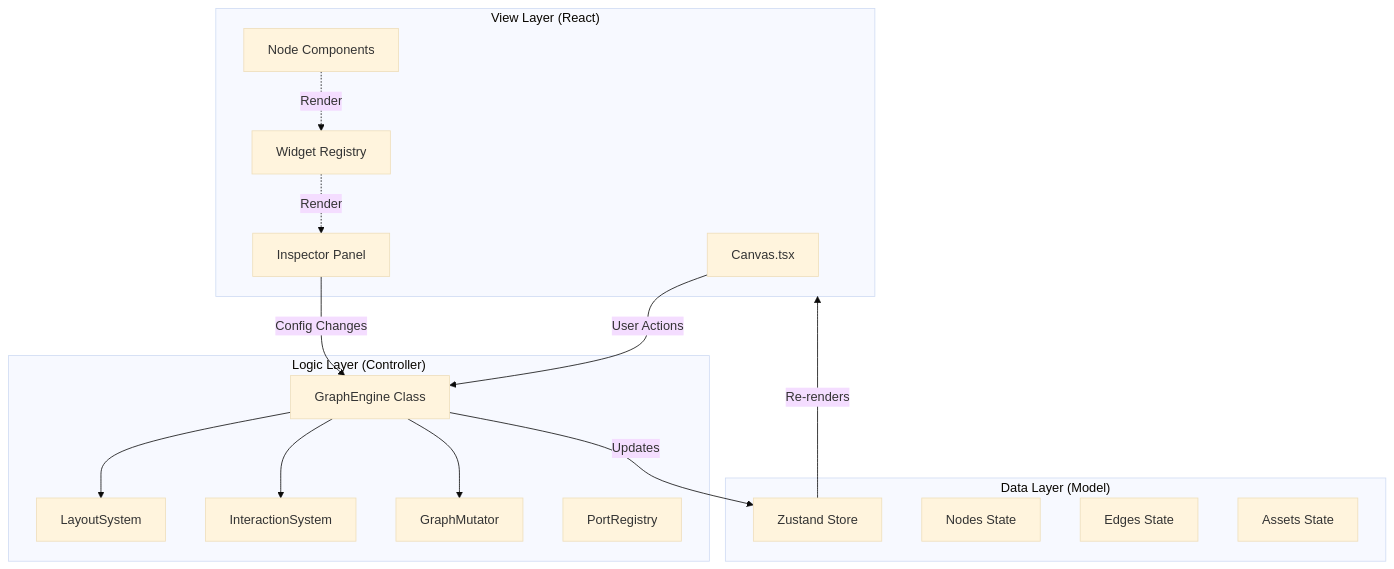
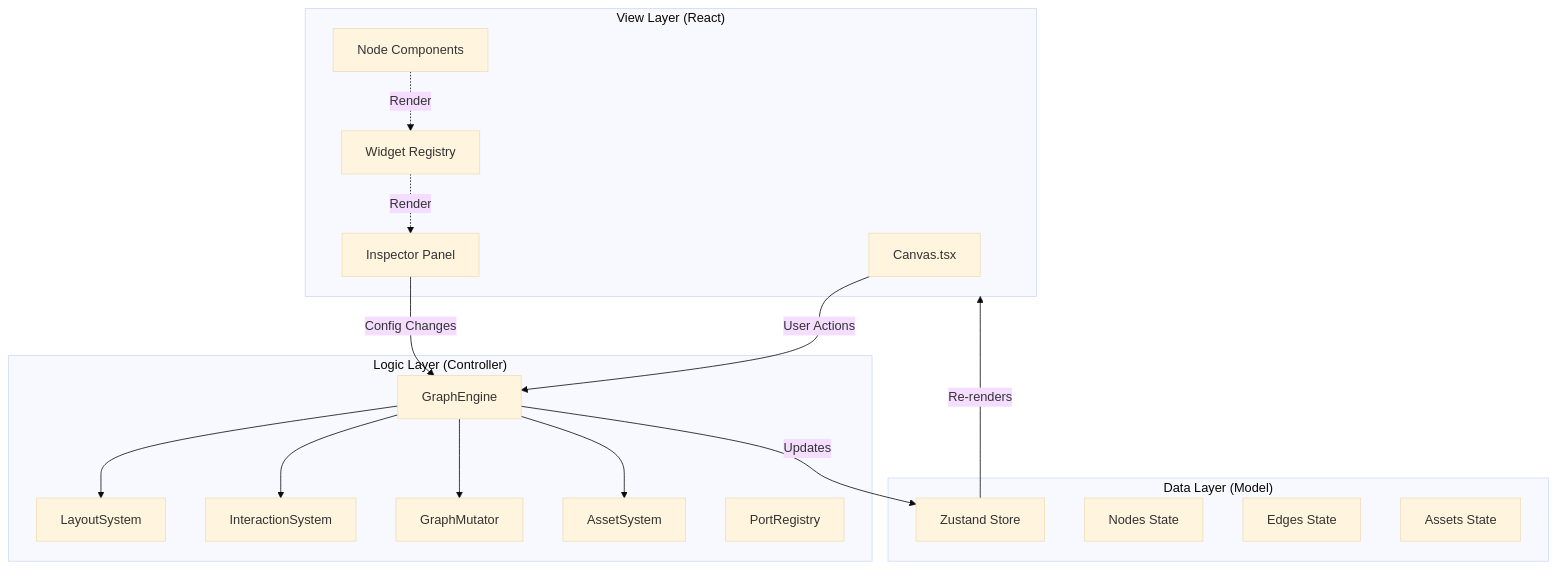
One commit to l1veIn/Synnia changed the first of 4 diagrams in docs/architecture_diagrams.md. Above: the diagram before and after it, drawn with Mermaid (base theme). The commit also changed other lines of this file and 18 other files, not shown here.

First line of the commit message:
docs: update architecture diagrams for new structure

````diff
--- a/docs/architecture_diagrams.md
+++ b/docs/architecture_diagrams.md
@@ -6,40 +6,42 @@
 ```mermaid
 graph TD
     subgraph View ["View Layer (React)"]
         Canvas[Canvas.tsx]
         NodeComp[Node Components]
         Inspector[Inspector Panel]
         Widgets[Widget Registry]
     end
 
     subgraph Logic ["Logic Layer (Controller)"]
-        Engine[GraphEngine Class]
+        Engine[GraphEngine]
         Layout[LayoutSystem]
         Interact[InteractionSystem]
         Mutator[GraphMutator]
+        Assets[AssetSystem]
         Ports[PortRegistry]
     end
 
     subgraph Data ["Data Layer (Model)"]
         Store[Zustand Store]
         Nodes[Nodes State]
         Edges[Edges State]
-        Assets[Assets State]
+        AssetsData[Assets State]
     end
 
     %% Relationships
     Canvas -->|User Actions| Engine
     Inspector -->|Config Changes| Engine
     
     Engine -->|Updates| Store
     Store -->|Re-renders| View
     
     %% Internal Logic
     Engine --> Layout
     Engine --> Interact
     Engine --> Mutator
+    Engine --> Assets
     
     %% Widget Flow
     Widgets -.->|Render| Inspector
     NodeComp -.->|Render| Widgets
 ```
````
